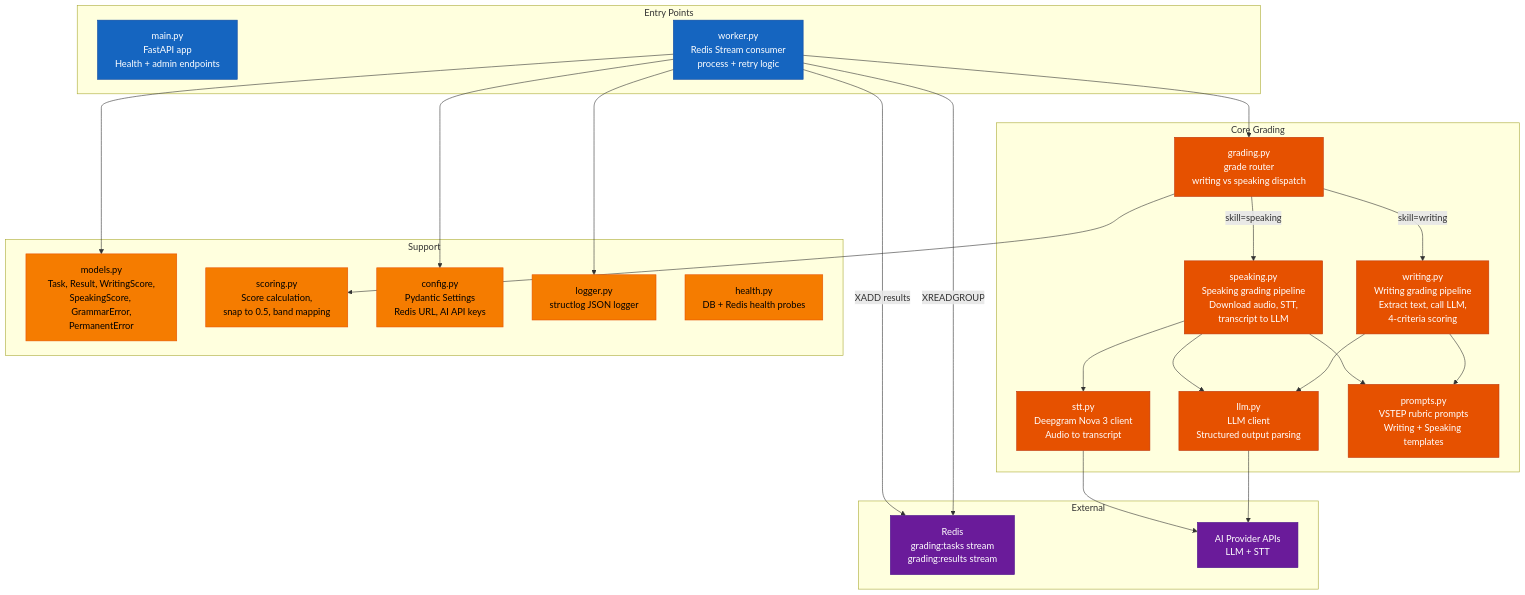
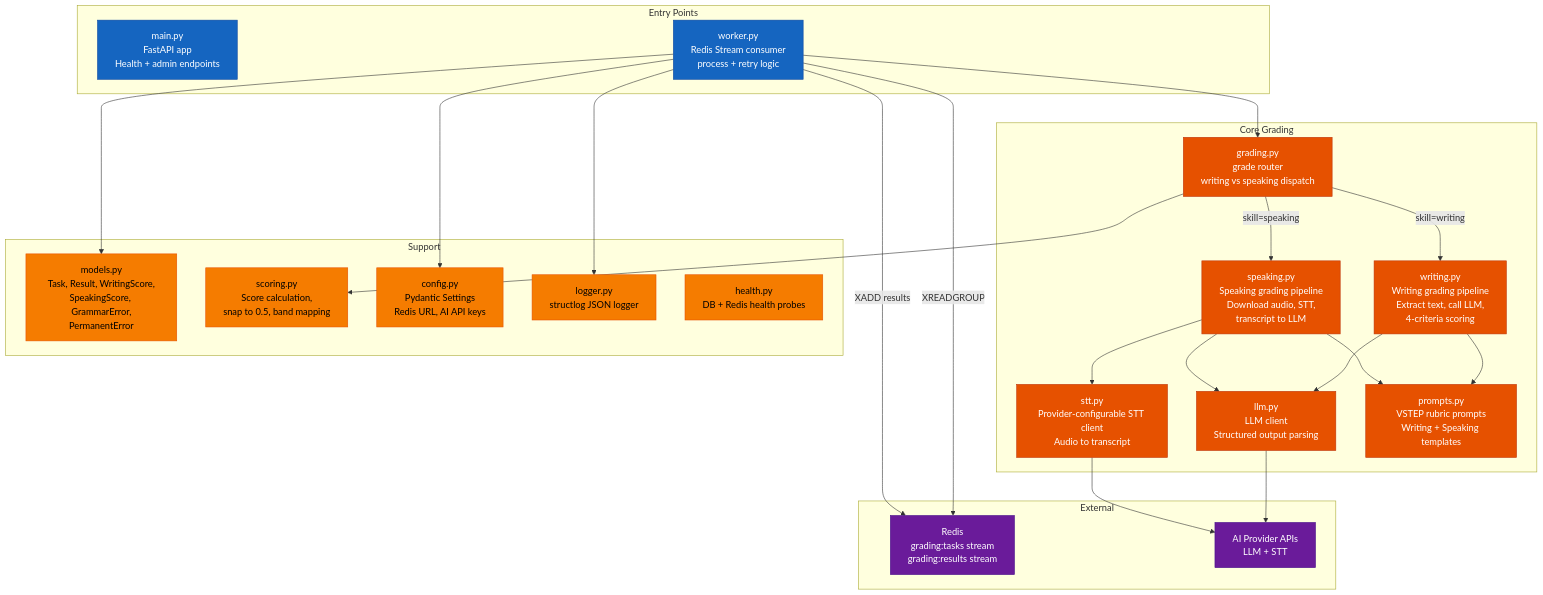
Before and after one commit to nghyane/VSTEP: the fourth of 16 diagrams in docs/capstone/reports/ENG/report4-software-design-document.md, drawn with Mermaid. The commit also changed other lines of this file and 1 other file, not shown here.

Commit message:
docs: align report 4 with current architecture

````diff
--- a/docs/capstone/reports/ENG/report4-software-design-document.md
+++ b/docs/capstone/reports/ENG/report4-software-design-document.md
@@ -277,58 +277,58 @@
 ```mermaid
 flowchart TB
     subgraph Entry ["Entry Points"]
         Main["main.py<br/>FastAPI app<br/>Health + admin endpoints"]
         WorkerPy["worker.py<br/>Redis Stream consumer<br/>process + retry logic"]
     end
 
     subgraph Core ["Core Grading"]
         Grading["grading.py<br/>grade router<br/>writing vs speaking dispatch"]
         Writing["writing.py<br/>Writing grading pipeline<br/>Extract text, call LLM,<br/>4-criteria scoring"]
         Speaking["speaking.py<br/>Speaking grading pipeline<br/>Download audio, STT,<br/>transcript to LLM"]
-        STT["stt.py<br/>Deepgram Nova 3 client<br/>Audio to transcript"]
+        STT["stt.py<br/>Provider-configurable STT client<br/>Audio to transcript"]
         LLM["llm.py<br/>LLM client<br/>Structured output parsing"]
         Prompts["prompts.py<br/>VSTEP rubric prompts<br/>Writing + Speaking templates"]
     end
 
     subgraph Support ["Support"]
         Models["models.py<br/>Task, Result, WritingScore,<br/>SpeakingScore, GrammarError,<br/>PermanentError"]
         ScoringPy["scoring.py<br/>Score calculation,<br/>snap to 0.5, band mapping"]
         Config["config.py<br/>Pydantic Settings<br/>Redis URL, AI API keys"]
         LoggerPy["logger.py<br/>structlog JSON logger"]
         HealthPy["health.py<br/>DB + Redis health probes"]
     end
 
     subgraph External ["External"]
         RedisQ["Redis<br/>grading:tasks stream<br/>grading:results stream"]
         AIProviderAPI["AI Provider APIs<br/>LLM + STT"]
     end
 
     WorkerPy -->|"XREADGROUP"| RedisQ
     WorkerPy --> Grading
     Grading -->|"skill=writing"| Writing
     Grading -->|"skill=speaking"| Speaking
     Writing --> LLM
     Writing --> Prompts
     Speaking --> STT
     Speaking --> LLM
     Speaking --> Prompts
     LLM --> AIProviderAPI
     STT --> AIProviderAPI
 
     Grading --> ScoringPy
     WorkerPy -->|"XADD results"| RedisQ
 
     WorkerPy --> Models
     WorkerPy --> Config
     WorkerPy --> LoggerPy
 
     classDef entry fill:#1565c0,stroke:#0d47a1,color:#fff
     classDef core fill:#e65100,stroke:#bf360c,color:#fff
     classDef support fill:#f57c00,stroke:#e65100,color:#000
     classDef ext fill:#6a1b9a,stroke:#4a148c,color:#fff
 
     class Main,WorkerPy entry
     class Grading,Writing,Speaking,STT,LLM,Prompts core
     class Models,ScoringPy,Config,LoggerPy,HealthPy support
     class RedisQ,AIProviderAPI ext
 ```
````
